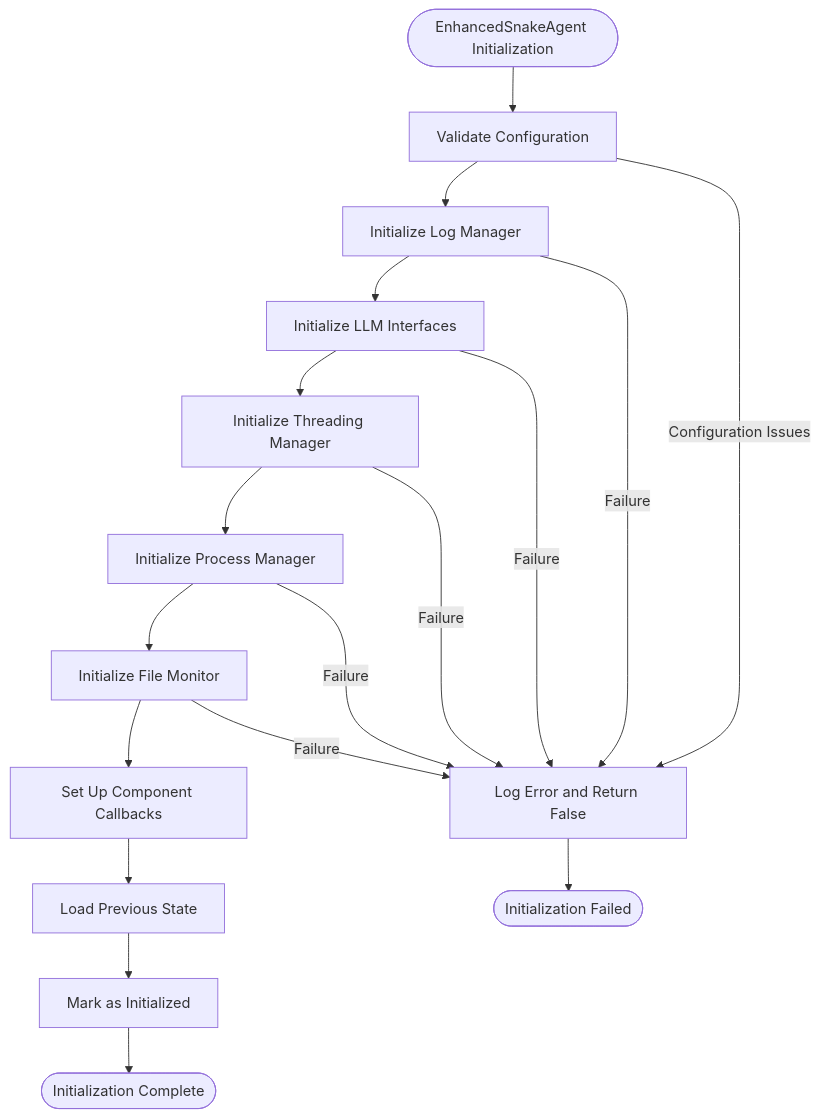
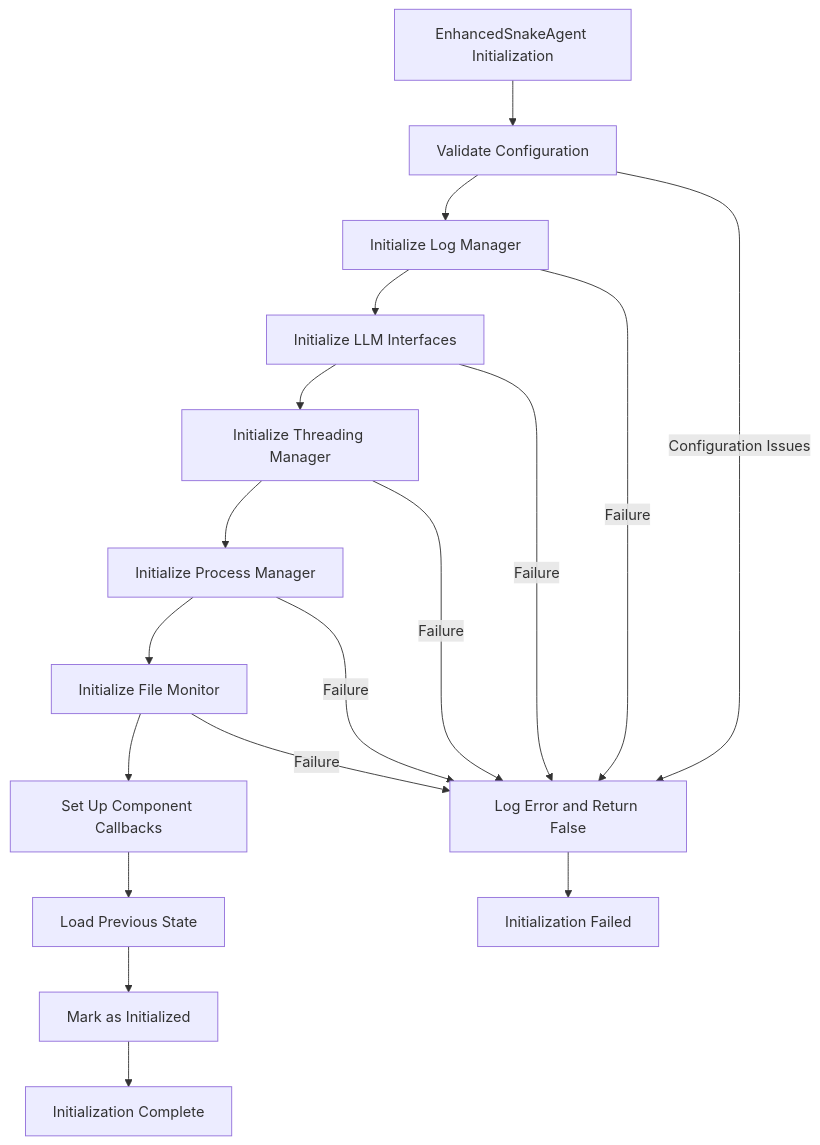
The fourth of 14 diagrams in docs/Enhanced Snake Agent Architecture.md (Likhithsai2580/RAVANA-WIKI), drawn with Mermaid before and after one commit. The commit also changed 52 other files, not shown here.

First line of the commit message:
chore(docs): update documentation content, fix Mermaid diagrams, and enhance README

````diff
--- a/docs/Enhanced Snake Agent Architecture.md
+++ b/docs/Enhanced Snake Agent Architecture.md
@@ -351,20 +351,20 @@
 ```mermaid
 flowchart TD
-Start([EnhancedSnakeAgent Initialization]) --> ValidateConfig["Validate Configuration"]
+Start["EnhancedSnakeAgent Initialization"] --> ValidateConfig["Validate Configuration"]
 ValidateConfig --> InitLogManager["Initialize Log Manager"]
 InitLogManager --> InitLLM["Initialize LLM Interfaces"]
 InitLLM --> InitThreading["Initialize Threading Manager"]
 InitThreading --> InitProcess["Initialize Process Manager"]
 InitProcess --> InitFileMonitor["Initialize File Monitor"]
 InitFileMonitor --> SetupCallbacks["Set Up Component Callbacks"]
 SetupCallbacks --> LoadState["Load Previous State"]
 LoadState --> MarkInitialized["Mark as Initialized"]
-MarkInitialized --> End([Initialization Complete])
+MarkInitialized --> End["Initialization Complete"]
 ValidateConfig --> |Configuration Issues| LogError["Log Error and Return False"]
-LogError --> EndError([Initialization Failed])
+LogError --> EndError["Initialization Failed"]
 InitLogManager --> |Failure| LogError
 InitLLM --> |Failure| LogError
 InitThreading --> |Failure| LogError
 InitProcess --> |Failure| LogError
 InitFileMonitor --> |Failure| LogError
 ```
````
